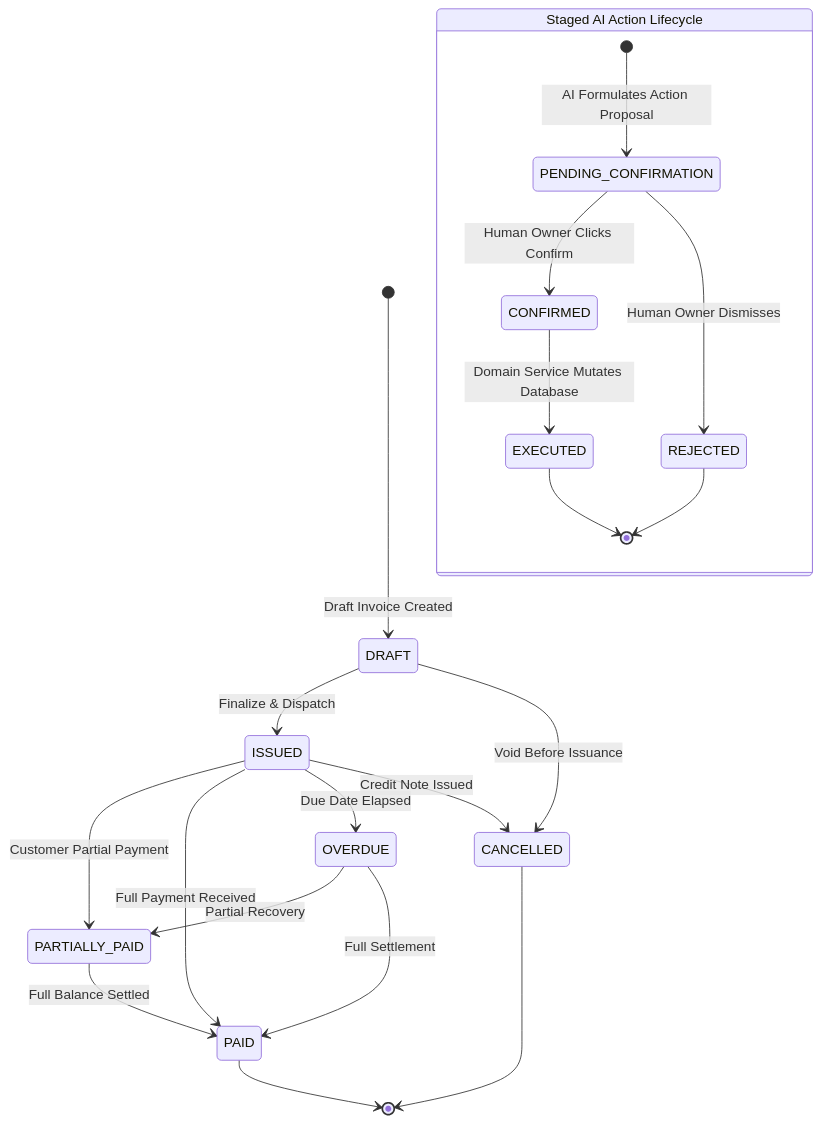
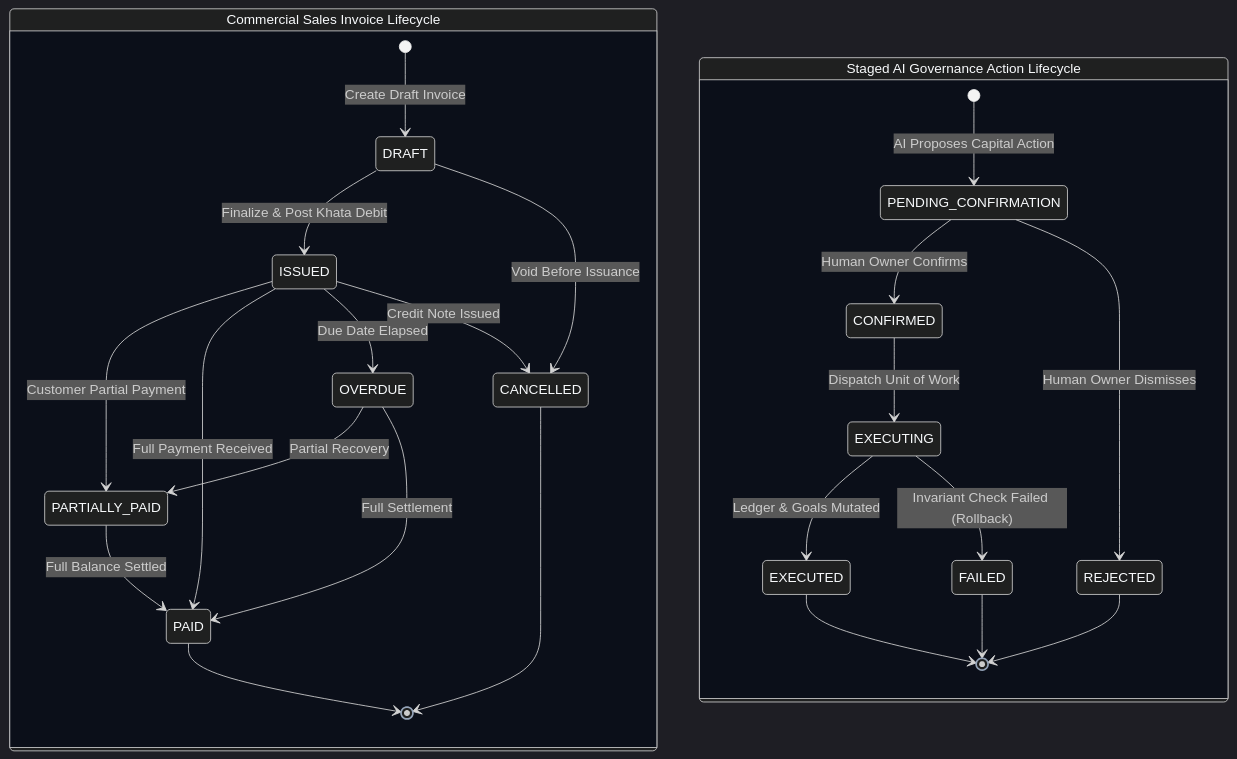
The sixth of 6 diagrams in README.md (ayush-mg/arthlens), drawn with Mermaid before and after one commit. The commit also changed other lines of this file, not shown here.

Commit message:
docs: modernize UML diagrams with dark tactical theme, clean symmetry, and zero white backgrounds

````diff
--- a/README.md
+++ b/README.md
@@ -963,24 +981,30 @@
 ```mermaid
+%%{init: {'theme': 'dark', 'themeVariables': {'darkMode': true, 'background': '#0b0f19', 'primaryColor': '#1e293b', 'primaryTextColor': '#f8fafc', 'primaryBorderColor': '#38bdf8', 'lineColor': '#94a3b8', 'secondaryColor': '#0f172a'}}}%%
 stateDiagram-v2
-    [*] --> DRAFT : Draft Invoice Created
-    DRAFT --> ISSUED : Finalize & Dispatch
-    ISSUED --> PARTIALLY_PAID : Customer Partial Payment
-    PARTIALLY_PAID --> PAID : Full Balance Settled
-    ISSUED --> PAID : Full Payment Received
-    ISSUED --> OVERDUE : Due Date Elapsed
-    OVERDUE --> PARTIALLY_PAID : Partial Recovery
-    OVERDUE --> PAID : Full Settlement
-    DRAFT --> CANCELLED : Void Before Issuance
-    ISSUED --> CANCELLED : Credit Note Issued
-    PAID --> [*]
-    CANCELLED --> [*]
+    state "Commercial Sales Invoice Lifecycle" as InvoiceMachine {
+        [*] --> DRAFT : Create Draft Invoice
+        DRAFT --> ISSUED : Finalize & Post Khata Debit
+        ISSUED --> PARTIALLY_PAID : Customer Partial Payment
+        PARTIALLY_PAID --> PAID : Full Balance Settled
+        ISSUED --> PAID : Full Payment Received
+        ISSUED --> OVERDUE : Due Date Elapsed
+        OVERDUE --> PARTIALLY_PAID : Partial Recovery
+        OVERDUE --> PAID : Full Settlement
+        DRAFT --> CANCELLED : Void Before Issuance
+        ISSUED --> CANCELLED : Credit Note Issued
+        PAID --> [*]
+        CANCELLED --> [*]
+    }
 
-    state "Staged AI Action Lifecycle" as GovernanceState {
-        [*] --> PENDING_CONFIRMATION : AI Formulates Action Proposal
-        PENDING_CONFIRMATION --> CONFIRMED : Human Owner Clicks Confirm
+    state "Staged AI Governance Action Lifecycle" as GovernanceMachine {
+        [*] --> PENDING_CONFIRMATION : AI Proposes Capital Action
+        PENDING_CONFIRMATION --> CONFIRMED : Human Owner Confirms
         PENDING_CONFIRMATION --> REJECTED : Human Owner Dismisses
-        CONFIRMED --> EXECUTED : Domain Service Mutates Database
+        CONFIRMED --> EXECUTING : Dispatch Unit of Work
+        EXECUTING --> EXECUTED : Ledger & Goals Mutated
+        EXECUTING --> FAILED : Invariant Check Failed (Rollback)
         EXECUTED --> [*]
         REJECTED --> [*]
+        FAILED --> [*]
     }
 ```
````
